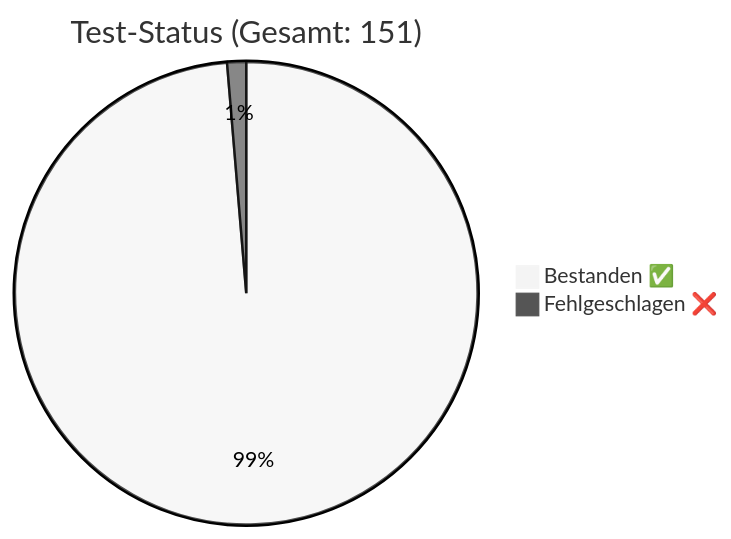
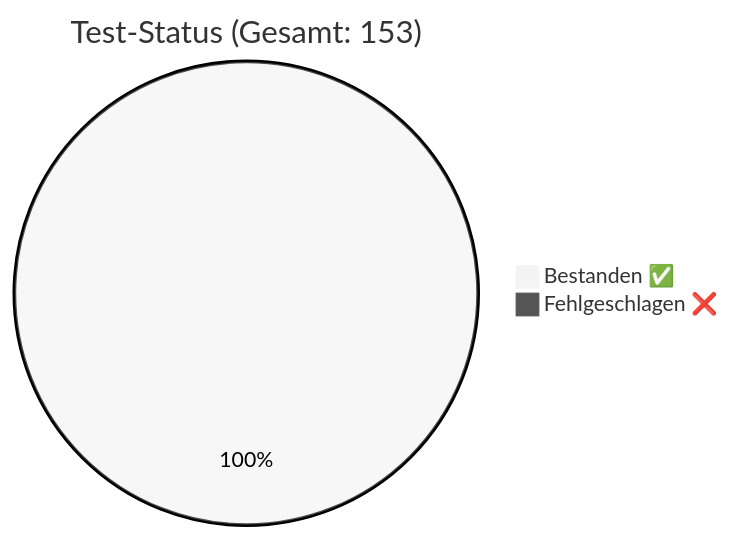
Before and after one commit to rorila/GCS: the diagram in docs/QA_Report.md, drawn with Mermaid (neutral theme). The commit also changed other lines of this file and 29 other files, not shown here.

````diff
--- a/docs/QA_Report.md
+++ b/docs/QA_Report.md
@@ -7,5 +7,5 @@
 ```mermaid
-pie title Test-Status (Gesamt: 151)
-    "Bestanden ✅" : 149
-    "Fehlgeschlagen ❌" : 2
+pie title Test-Status (Gesamt: 153)
+    "Bestanden ✅" : 153
+    "Fehlgeschlagen ❌" : 0
 ```
````
